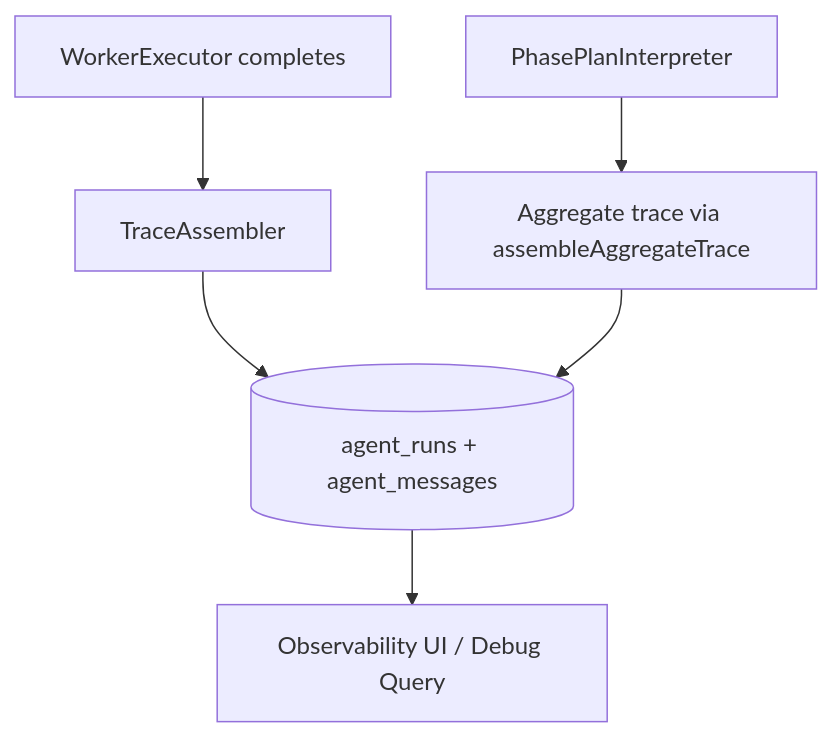
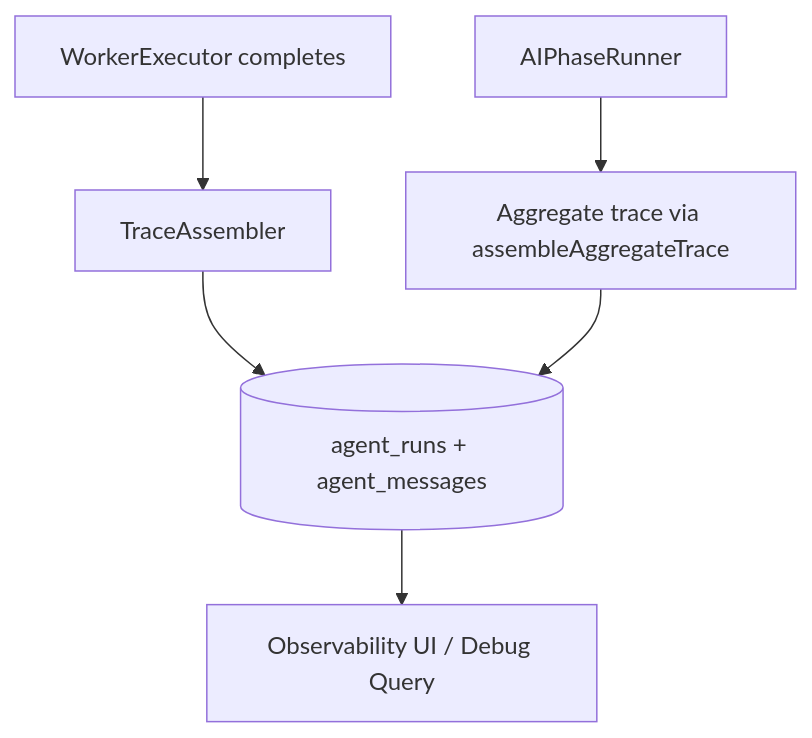
One commit to KennethAtchon/Exva changed the tenth of 10 diagrams in docs/architecture/pipeline-runtime.md. Above: the diagram before and after it, drawn with Mermaid. The commit also changed other lines of this file and 206 other files, not shown here.

````diff
--- a/docs/architecture/pipeline-runtime.md
+++ b/docs/architecture/pipeline-runtime.md
@@ -714,8 +714,8 @@
 ```mermaid
 graph TD
     WE[WorkerExecutor completes] --> TA[TraceAssembler]
     TA --> DB[(agent_runs + agent_messages)]
     DB --> OBS[Observability UI / Debug Query]
-    PPI[PhasePlanInterpreter] --> AGG[Aggregate trace via assembleAggregateTrace]
+    PPI[AIPhaseRunner] --> AGG[Aggregate trace via assembleAggregateTrace]
     AGG --> DB
 ```
````
